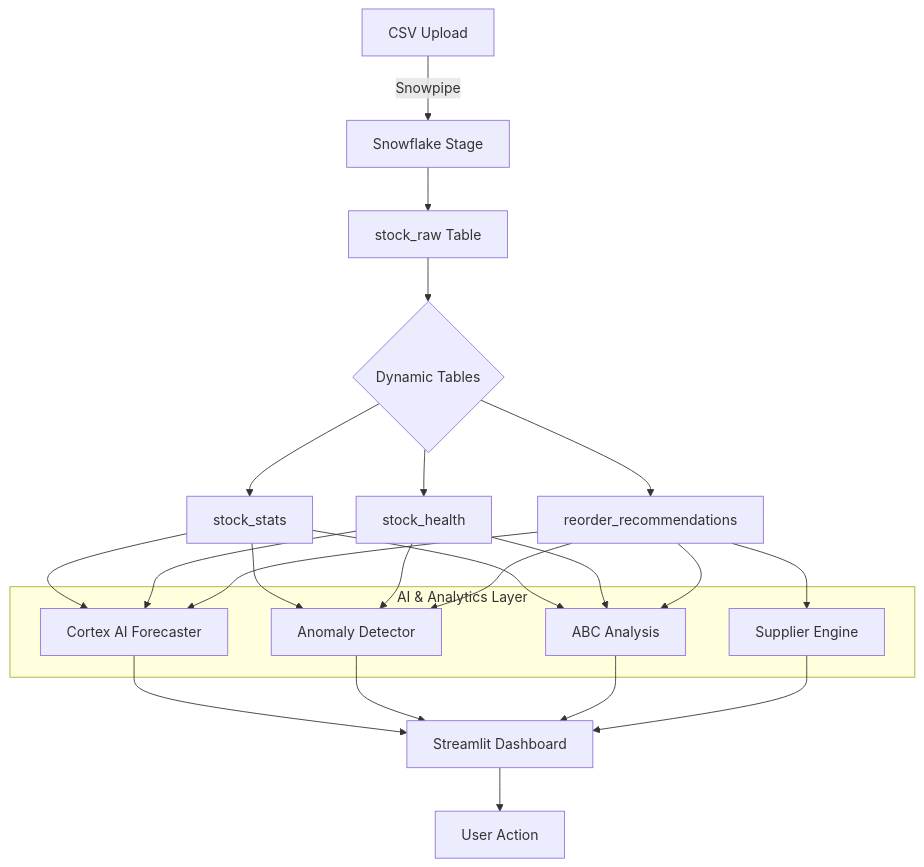
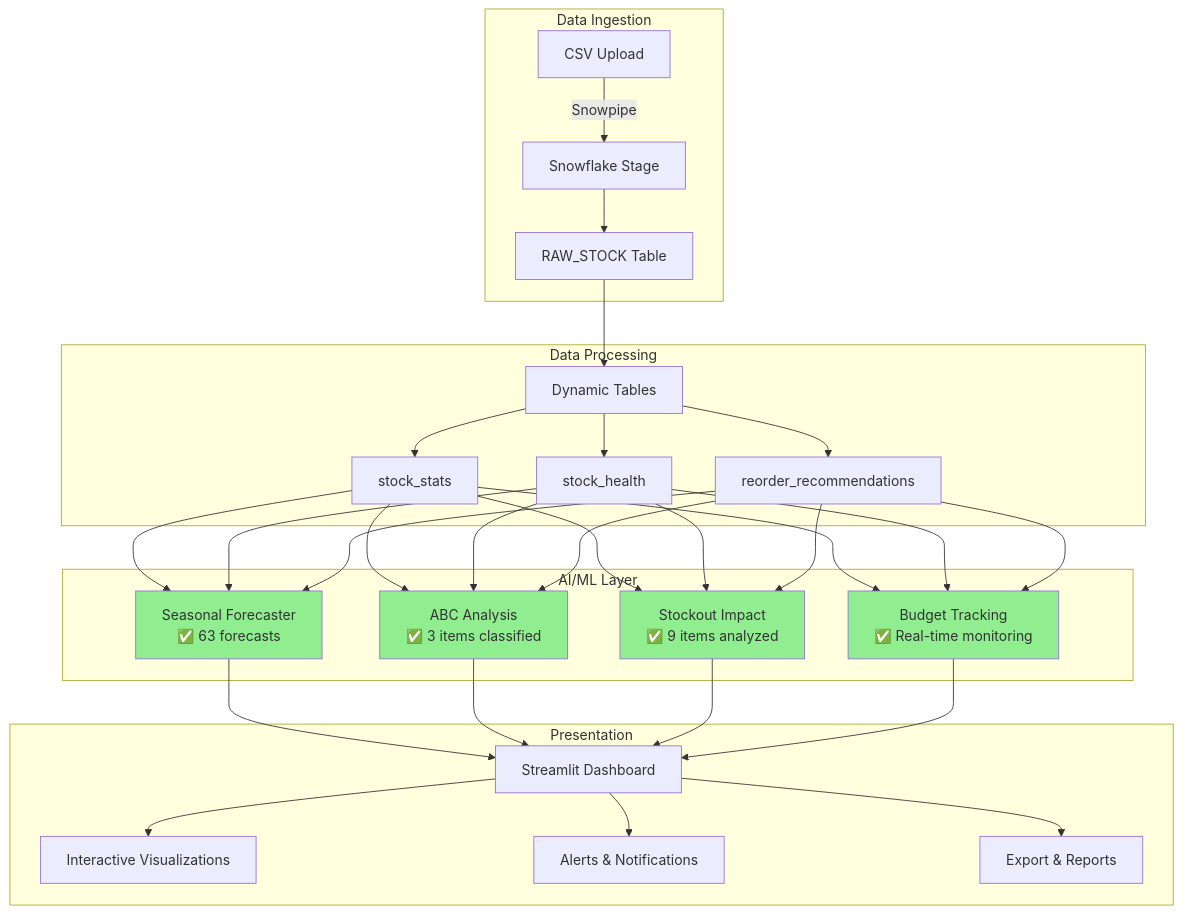
The second of 2 diagrams in README.md (FlemingJohn/StockPulse-360), drawn with Mermaid before and after one commit. The commit also changed other lines of this file, not shown here.

````diff
--- a/README.md
+++ b/README.md
@@ -46,24 +291,35 @@
 ```mermaid
-graph TD
-    A[CSV Upload] -->|Snowpipe| B[Snowflake Stage]
-    B --> C[stock_raw Table]
-    C --> D{Dynamic Tables}
-    D --> E[stock_stats]
-    D --> F[stock_health]
-    D --> G[reorder_recommendations]
-    
-    subgraph "AI & Analytics Layer"
-        H[Cortex AI Forecaster]
-        I[Anomaly Detector]
-        J[ABC Analysis]
-        K[Supplier Engine]
+graph TB
+    subgraph "Data Ingestion"
+        A[CSV Upload] -->|Snowpipe| B[Snowflake Stage]
+        B --> C[RAW_STOCK Table]
     end
     
-    E & F & G --> H
-    E & F & G --> I
-    E & F & G --> J
-    G --> K
+    subgraph "Data Processing"
+        C --> D[Dynamic Tables]
+        D --> E[stock_stats]
+        D --> F[stock_health]
+        D --> G[reorder_recommendations]
+    end
     
-    H & I & J & K --> L[Streamlit Dashboard]
-    L --> M[User Action]
+    subgraph "AI/ML Layer"
+        H[Seasonal Forecaster<br/>✅ 63 forecasts]
+        I[ABC Analysis<br/>✅ 3 items classified]
+        J[Stockout Impact<br/>✅ 9 items analyzed]
+        K[Budget Tracking<br/>✅ Real-time monitoring]
+    end
+    
+    E & F & G --> H & I & J & K
+    
+    subgraph "Presentation"
+        H & I & J & K --> L[Streamlit Dashboard]
+        L --> M[Interactive Visualizations]
+        L --> N[Alerts & Notifications]
+        L --> O[Export & Reports]
+    end
+    
+    style H fill:#90EE90
+    style I fill:#90EE90
+    style J fill:#90EE90
+    style K fill:#90EE90
 ```
````
